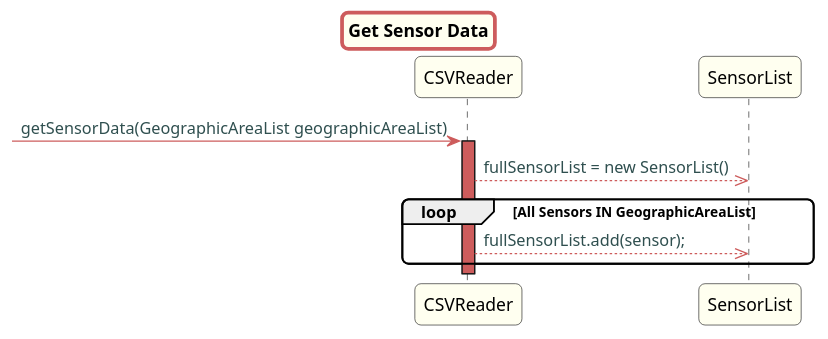
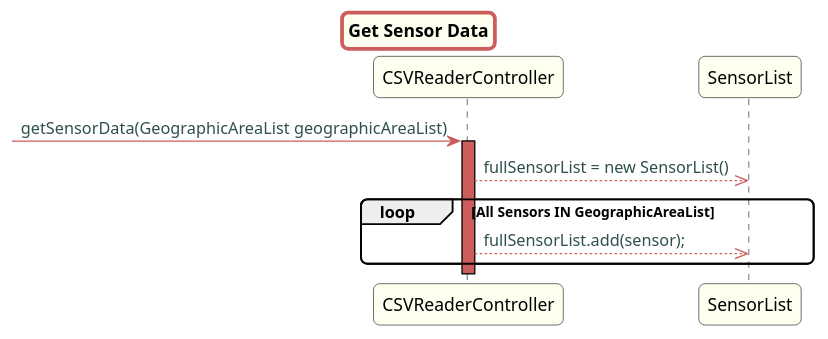
The diagram in src/doc/Controllers/HouseConfiguration/US20/US20GetSensorData.puml (Almadanmp/project), drawn with PlantUML before and after one commit. The commit also changed 6 other files, not shown here.

Commit message:
Ref #160 Updates all US UML Diagrams for new Controller Class

```diff
--- a/src/doc/Controllers/HouseConfiguration/US20/US20GetSensorData.puml
+++ b/src/doc/Controllers/HouseConfiguration/US20/US20GetSensorData.puml
@@ -1,43 +1,43 @@
 @startuml
 
 title Get Sensor Data
 
 skinparam titleBorderRoundCorner 10
 skinparam titleBorderThickness 3
 skinparam titleBorderColor indianred
 skinparam titleBackgroundColor ivory
 skinparam FontName quicksand
 
 skinparam actor {
  	BorderColor indianred
  	}
 
  skinparam sequence {
  	LifeLineBackgroundColor indianred
  	ParticipantBackgroundColor ivory
  }
 
  skinparam roundcorner 10
 
  skinparam component {
    arrowThickness 1
    ArrowFontName Verdana
    ArrowColor indianred
    ArrowFontColor darkslategrey
  }
 
 
 
--> CSVReader: getSensorData(GeographicAreaList geographicAreaList)
-activate CSVReader
-CSVReader -->> SensorList: fullSensorList = new SensorList()
+-> CSVReaderController: getSensorData(GeographicAreaList geographicAreaList)
+activate CSVReaderController
+CSVReaderController -->> SensorList: fullSensorList = new SensorList()
 
 loop All Sensors IN GeographicAreaList
 
 
-CSVReader -->> SensorList: fullSensorList.add(sensor);
+CSVReaderController -->> SensorList: fullSensorList.add(sensor);
 end
 
 
 
 @enduml
```
